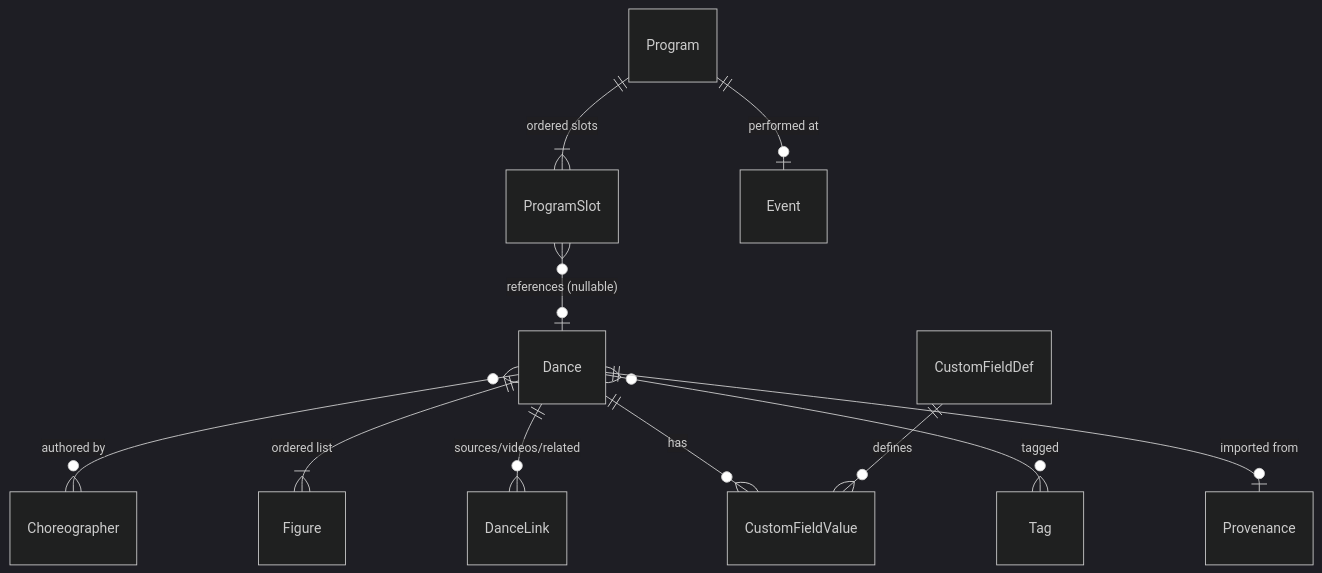
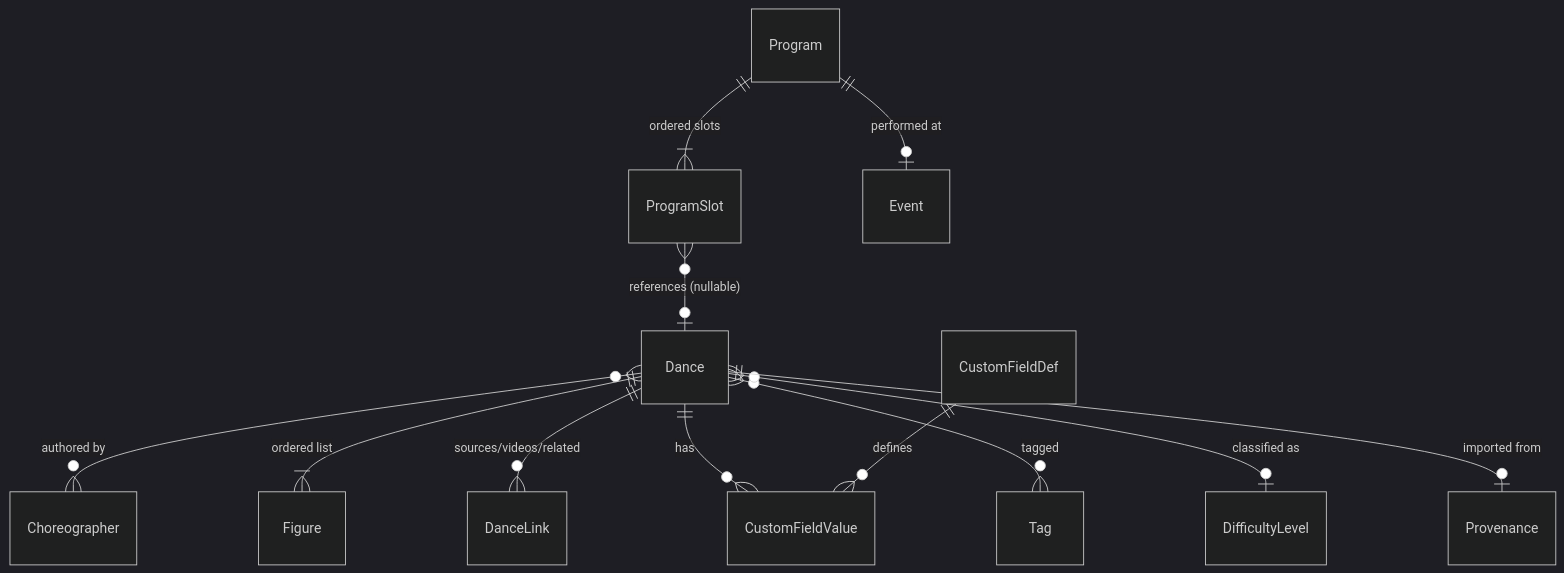
Before and after one commit to ibanner56/CallersCompendium: the diagram in docs/design/domain-model.md, drawn with Mermaid (dark theme). The commit also changed other lines of this file and 18 other files, not shown here.

Commit message:
feat: persist custom dance difficulty levels

````diff
--- a/docs/design/domain-model.md
+++ b/docs/design/domain-model.md
@@ -23,13 +23,14 @@
 ```mermaid
 erDiagram
     Dance }o--o{ Choreographer : "authored by"
     Dance ||--|{ Figure : "ordered list"
     Dance ||--o{ DanceLink : "sources/videos/related"
     Dance ||--o{ CustomFieldValue : has
     CustomFieldDef ||--o{ CustomFieldValue : defines
     Dance }o--o{ Tag : tagged
+    Dance }o--o| DifficultyLevel : "classified as"
     Dance ||--o| Provenance : "imported from"
     Program ||--|{ ProgramSlot : "ordered slots"
     ProgramSlot }o--o| Dance : "references (nullable)"
     Program ||--o| Event : "performed at"
 ```
````
